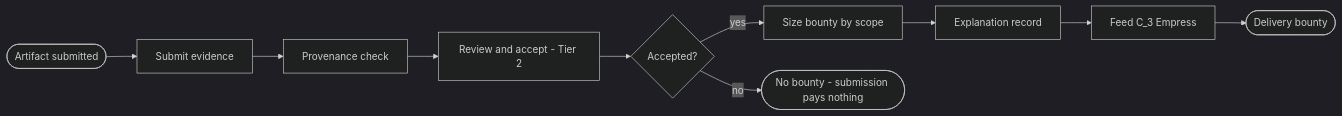
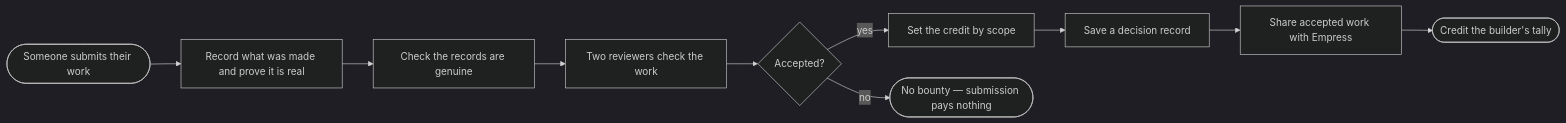
The fourth of 24 diagrams in docs/contribution-economy/README.md (vijayee/resonantdao-example), drawn with Mermaid (dark theme) before and after one commit. The commit also changed other lines of this file, not shown here.

````diff
--- a/docs/contribution-economy/README.md
+++ b/docs/contribution-economy/README.md
@@ -130,7 +127,7 @@
 ```mermaid
 flowchart LR
-  S([Artifact submitted]) --> EV[Submit evidence] --> PR[Provenance check]
-  PR --> AC[Review and accept - Tier 2] --> G{Accepted?}
-  G -->|yes| SC[Size bounty by scope] --> RC[Explanation record] --> F3[Feed C_3 Empress] --> PAID([Delivery bounty])
-  G -->|no| NONE([No bounty - submission pays nothing])
+  S([Someone submits their work]) --> EV[Record what was made and prove it is real] --> PR[Check the records are genuine]
+  PR --> AC[Two reviewers check the work] --> G{Accepted?}
+  G -->|yes| SC[Set the credit by scope] --> RC[Save a decision record] --> F3[Share accepted work with Empress] --> PAID([Credit the builder's tally])
+  G -->|no| NONE([No bounty — submission pays nothing])
 ```
````
